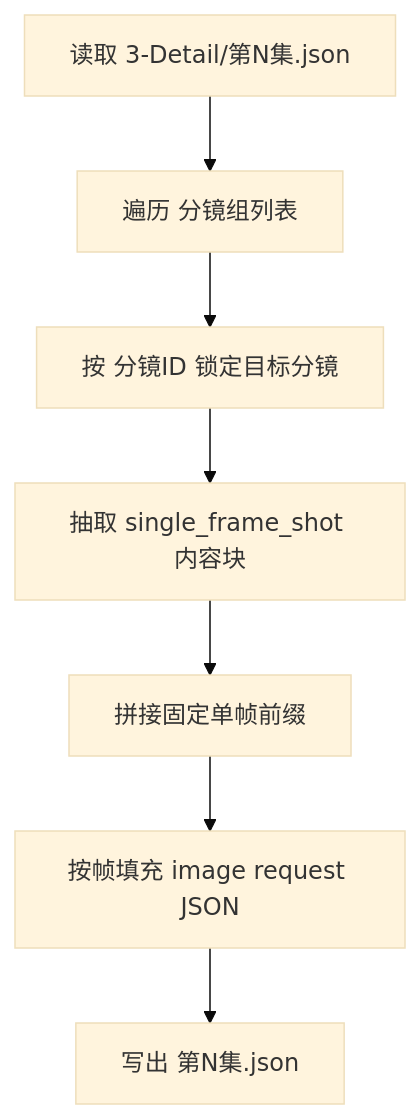
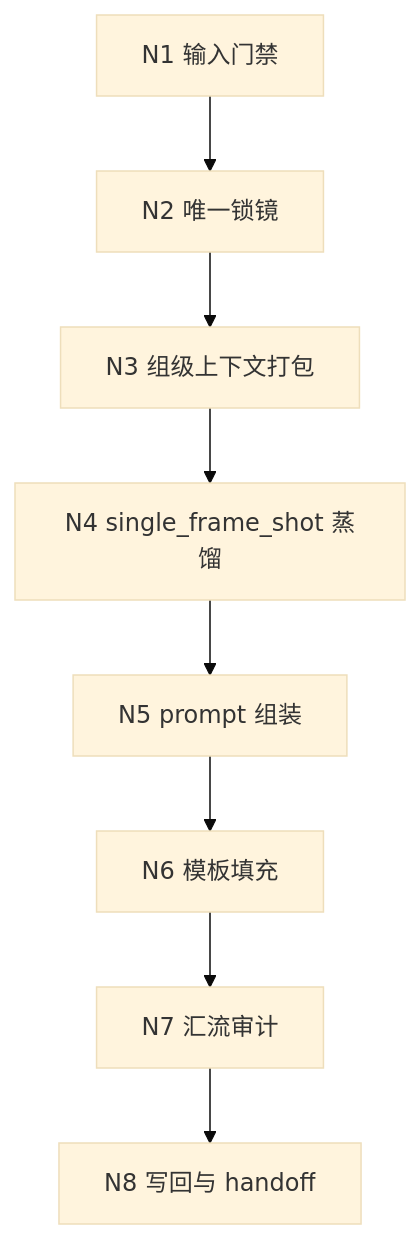
Before and after one commit to ZEN-VOID/AI-CUT: the first of 3 diagrams in .agents/skills/aigc/5-Image/1-提示词蒸馏/分镜帧/SKILL.md, drawn with Mermaid (base theme). The commit also changed other lines of this file and 182 other files, not shown here.

````diff
--- a/.agents/skills/aigc/5-Image/1-提示词蒸馏/分镜帧/SKILL.md
+++ b/.agents/skills/aigc/5-Image/1-提示词蒸馏/分镜帧/SKILL.md
@@ -64,9 +131,10 @@
 ```mermaid
 flowchart TD
-    A["读取 3-Detail/第N集.json"] --> B["遍历 分镜组列表"]
-    B --> C["按 分镜ID 锁定目标分镜"]
-    C --> D["抽取 single_frame_shot 内容块"]
-    D --> E["拼接固定单帧前缀"]
-    E --> F["按帧填充 image request JSON"]
-    F --> G["写出 第N集.json"]
+    A["N1 输入门禁"] --> B["N2 唯一锁镜"]
+    B --> C["N3 组级上下文打包"]
+    C --> D["N4 single_frame_shot 蒸馏"]
+    D --> E["N5 prompt 组装"]
+    E --> F["N6 模板填充"]
+    F --> G["N7 汇流审计"]
+    G --> H["N8 写回与 handoff"]
 ```
````
